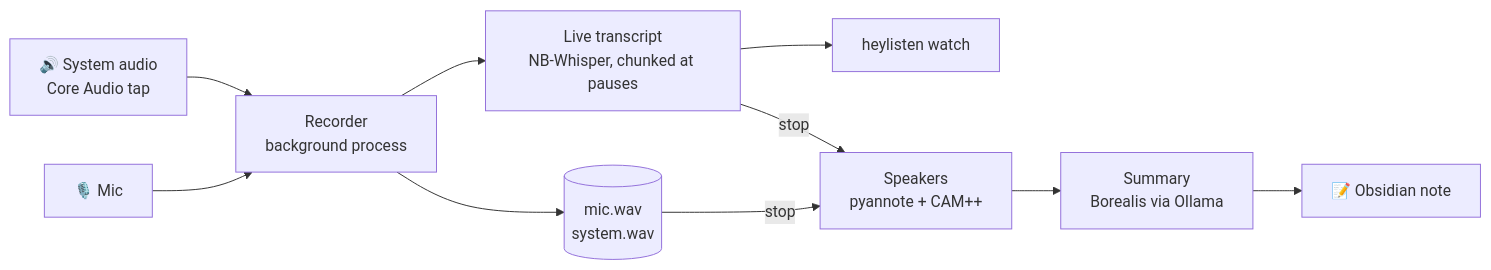
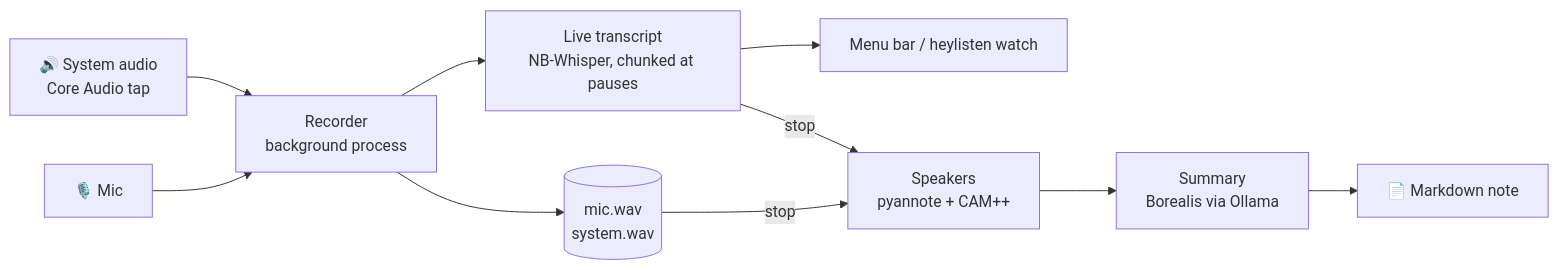
The diagram in README.md (nikolaia/heylisten), drawn with Mermaid before and after one commit. The commit also changed other lines of this file and 22 other files, not shown here.

First line of the commit message:
feat: menu bar app with first-run setup, plain Markdown notes, release workflow

````diff
--- a/README.md
+++ b/README.md
@@ -112,12 +108,12 @@
 ```mermaid
 flowchart LR
     mic[🎙️ Mic] --> rec
     sys[🔊 System audio<br/>Core Audio tap] --> rec
     rec[Recorder<br/>background process] --> wav[(mic.wav<br/>system.wav)]
     rec --> live[Live transcript<br/>NB-Whisper, chunked at pauses]
-    live --> view[heylisten watch]
+    live --> view[Menu bar / heylisten watch]
     wav -- stop --> dia[Speakers<br/>pyannote + CAM++]
     live -- stop --> dia
     dia --> sum[Summary<br/>Borealis via Ollama]
-    sum --> note[📝 Obsidian note]
+    sum --> note[📄 Markdown note]
 ```
````
